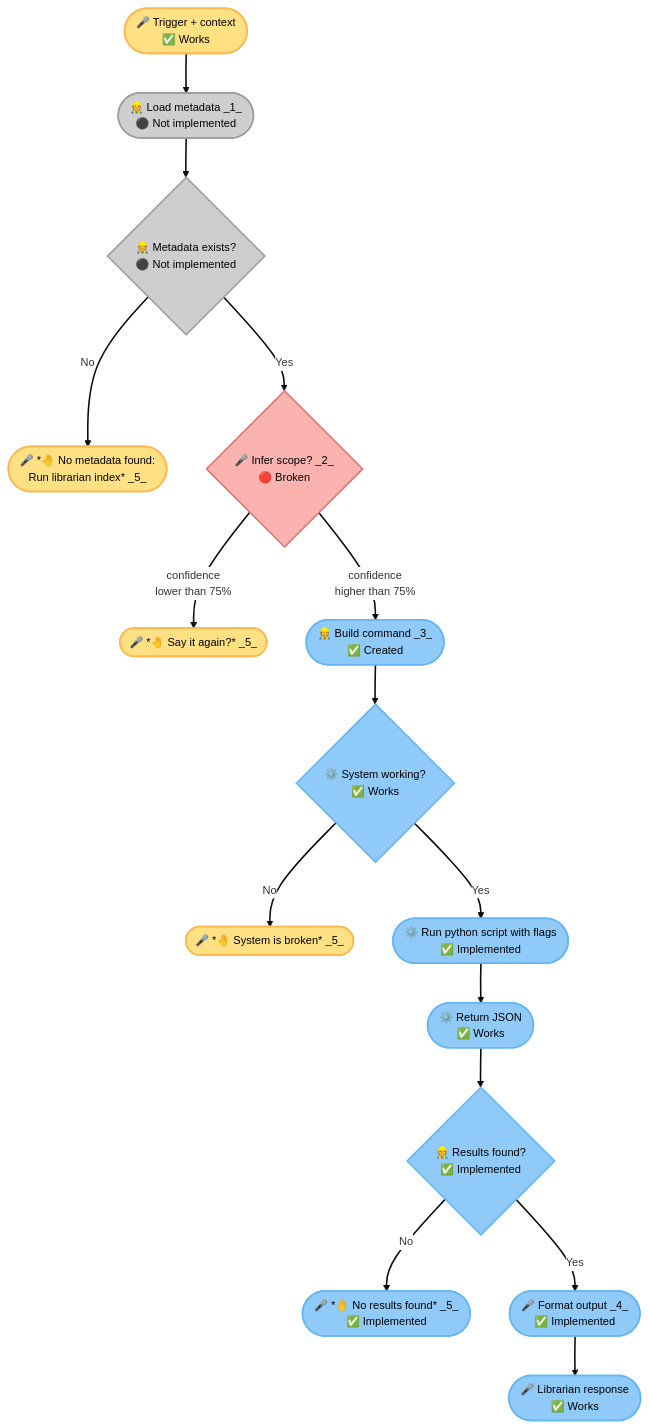
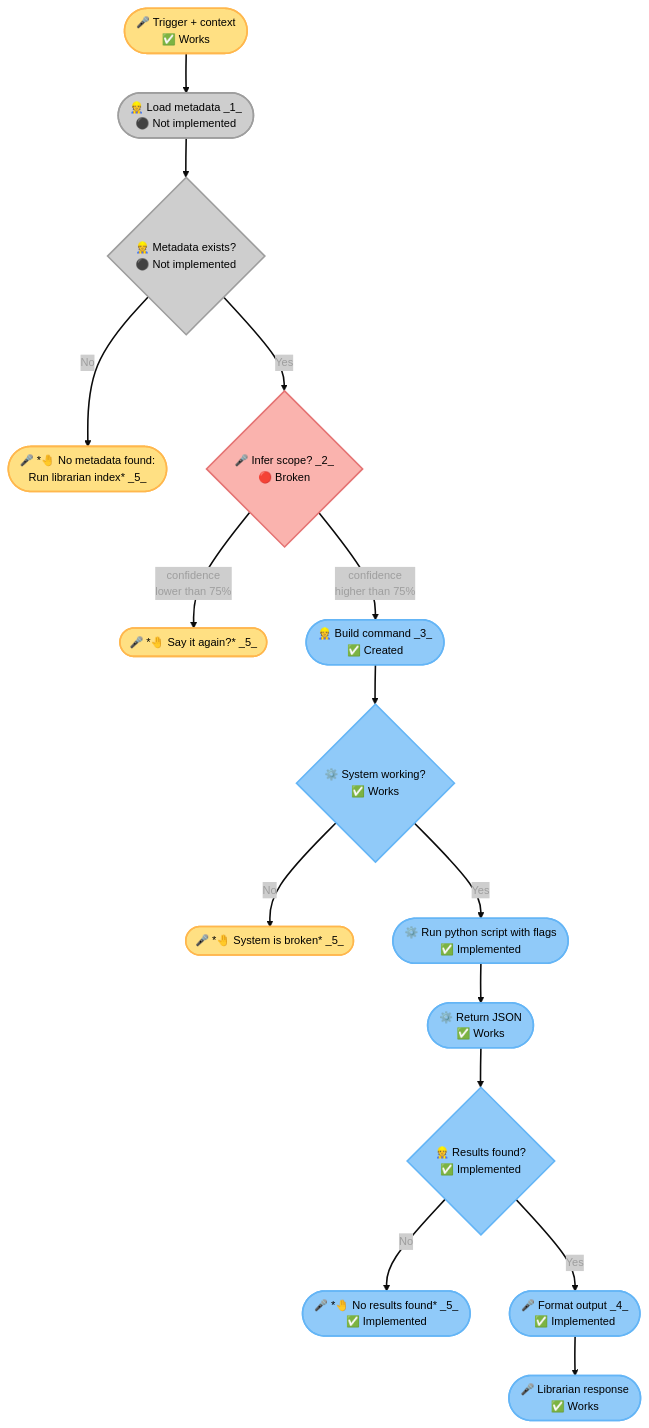
One commit to nonlinear/librarian changed the first of 2 diagrams in backstage/epic-notes/v0.15.0-skill-protocol.md. Above: the diagram before and after it, drawn with Mermaid.

Commit message:
epic-15: Change label to gray bg + gray text (arrow color palette)

````diff
--- a/backstage/epic-notes/v0.15.0-skill-protocol.md
+++ b/backstage/epic-notes/v0.15.0-skill-protocol.md
@@ -3,51 +3,52 @@
 ```mermaid
 %%{init: {
   'theme': 'base',
   'themeVariables': {
-    'edgeLabelBackground': '#FFFFFF',
+    'edgeLabelBackground': '#CECECE',
+    'primaryTextColor': '#9E9E9E',
     'fontSize': '14px',
     'fontFamily': 'system-ui'
   }
 }}%%
 flowchart TB
     TRIGGER(["🎤 Trigger + context<br/>✅ Works"])
     TRIGGER --> METADATA(["👷 Load metadata _1_<br/>⚫ Not implemented"])
     METADATA --> CHECK{"👷 Metadata exists?<br/>⚫ Not implemented"}
     
     CHECK -->|"No"| ERROR(["🎤 *🤚 No metadata found:<br>Run librarian index* _5_"])
     CHECK -->|"Yes"| INFER{"🎤 Infer scope? _2_<br/>🔴 Broken"}
     
     INFER -->|"confidence<br>lower than 75%"| CLARIFY(["🎤 *🤚 Say it again?* _5_"])
     INFER -->|"confidence<br>higher than 75%"| BUILD(["👷 Build command _3_<br/>✅ Created"])
     
     BUILD --> CHECK_SYSTEM{"⚙️ System working?<br/>✅ Works"}
     
     CHECK_SYSTEM -->|"No"| BROKEN(["🎤 *🤚 System is broken* _5_"])
     CHECK_SYSTEM -->|"Yes"| EXEC(["⚙️ Run python script with flags<br/>✅ Implemented"])
     
     EXEC --> JSON(["⚙️ Return JSON<br/>✅ Works"])
     JSON --> CHECK_RESULTS{"👷 Results found?<br/>✅ Implemented"}
     
     CHECK_RESULTS -->|"No"| EMPTY(["🎤 *🤚 No results found* _5_<br/>✅ Implemented"])
     CHECK_RESULTS -->|"Yes"| FORMAT(["🎤 Format output _4_<br/>✅ Implemented"])
     
     FORMAT --> RESPONSE(["🎤 Librarian response<br/>✅ Works"])
     
     style TRIGGER fill:#FFE083,stroke:#FFB74D,stroke-width:2px,color:#000
     style METADATA fill:#CECECE,stroke:#9E9E9E,stroke-width:2px,color:#000
     style INFER fill:#FAB3AE,stroke:#E57373,stroke-width:2px,color:#000
     style CLARIFY fill:#FFE083,stroke:#FFB74D,stroke-width:2px,color:#000
     style BUILD fill:#90CAF9,stroke:#64B5F6,stroke-width:2px,color:#000
     style EXEC fill:#90CAF9,stroke:#64B5F6,stroke-width:2px,color:#000
     style JSON fill:#90CAF9,stroke:#64B5F6,stroke-width:2px,color:#000
     style FORMAT fill:#90CAF9,stroke:#64B5F6,stroke-width:2px,color:#000
     style RESPONSE fill:#90CAF9,stroke:#64B5F6,stroke-width:2px,color:#000
     style CHECK fill:#CECECE,stroke:#9E9E9E,stroke-width:2px,color:#000
     style ERROR fill:#FFE083,stroke:#FFB74D,stroke-width:2px,color:#000
     style CHECK_SYSTEM fill:#90CAF9,stroke:#64B5F6,stroke-width:2px,color:#000
     style BROKEN fill:#FFE083,stroke:#FFB74D,stroke-width:2px,color:#000
     style CHECK_RESULTS fill:#90CAF9,stroke:#64B5F6,stroke-width:2px,color:#000
     style EMPTY fill:#90CAF9,stroke:#64B5F6,stroke-width:2px,color:#000
     
     linkStyle default stroke-width:2px
 ```
````
